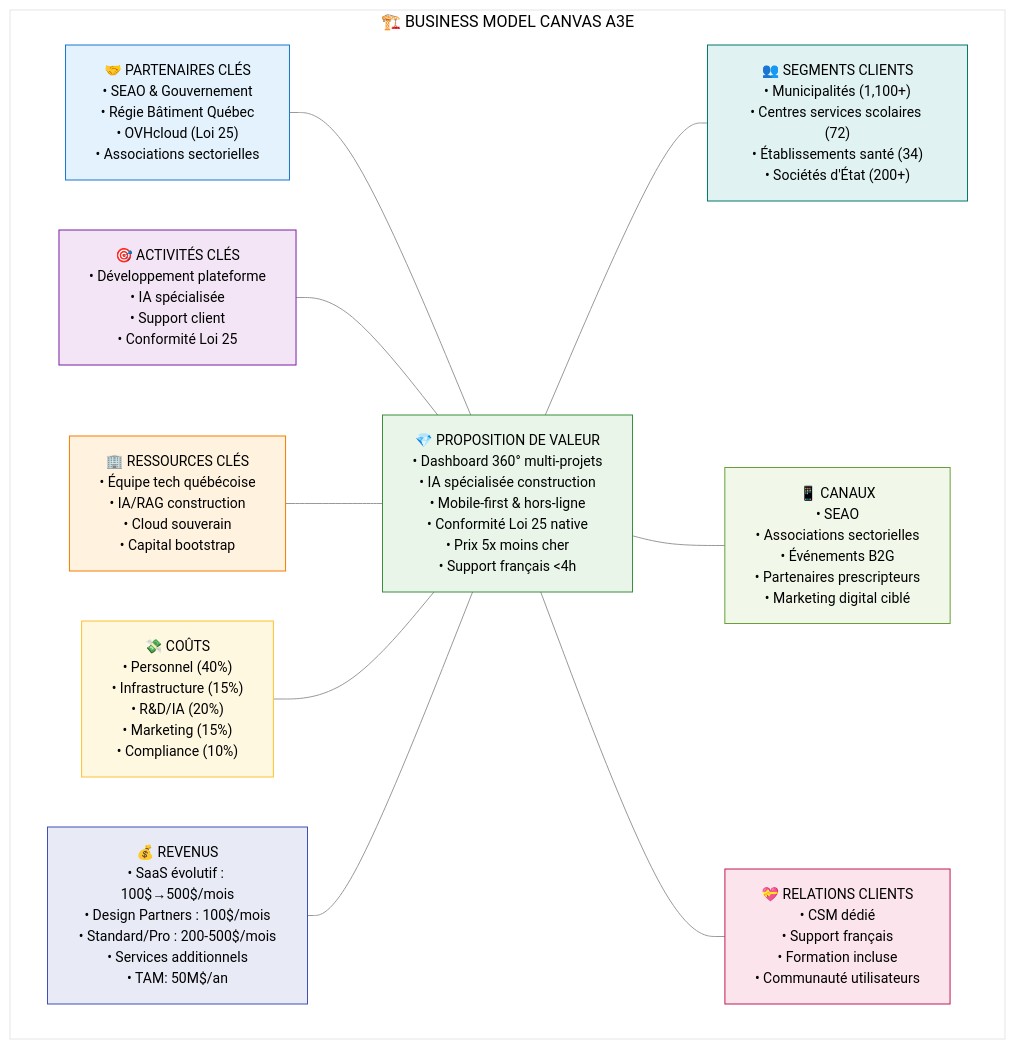
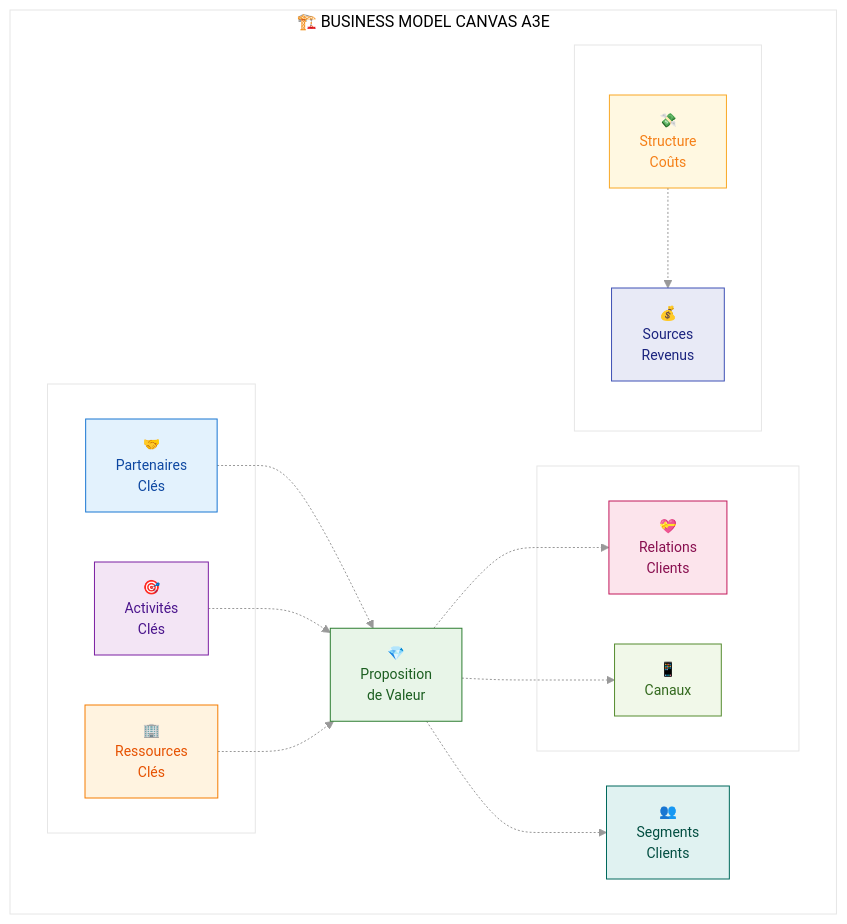
One commit to MacroMan5/project_a3e_beta changed the diagram in project/3_product_strategy/BUSINESS_MODEL_CANVAS_A3E.md. Above: the diagram before and after it, drawn with Mermaid. The commit also changed other lines of this file and 16 other files, not shown here.

````diff
--- a/project/3_product_strategy/BUSINESS_MODEL_CANVAS_A3E.md
+++ b/project/3_product_strategy/BUSINESS_MODEL_CANVAS_A3E.md
@@ -15,54 +15,53 @@
 ```mermaid
 %%{init: {'theme': 'base', 'themeVariables': { 'primaryColor': '#f5f5f5', 'lineColor': '#999', 'fontFamily': 'Roboto, sans-serif'}}}%%
 graph TD
-    subgraph BMC ["🏗️ BUSINESS MODEL CANVAS A3E"]
-        VP["💎 PROPOSITION DE VALEUR<br/>• Dashboard 360° multi-projets<br/>• IA spécialisée construction<br/>• Mobile-first & hors-ligne<br/>• Conformité Loi 25 native<br/>• Prix 5x moins cher<br/>• Support français <4h"]
+    subgraph "🏗️ BUSINESS MODEL CANVAS A3E"
+        subgraph " "
+            KP[🤝<br/>Partenaires<br/>Clés] 
+            KA[🎯<br/>Activités<br/>Clés]
+            KR[🏢<br/>Ressources<br/>Clés]
+        end
         
-        CS["👥 SEGMENTS CLIENTS<br/>• Municipalités (1,100+)<br/>• Centres services scolaires (72)<br/>• Établissements santé (34)<br/>• Sociétés d'État (200+)"]
+        VP[💎<br/>Proposition<br/>de Valeur]
         
-        CH["📱 CANAUX<br/>• SEAO<br/>• Associations sectorielles<br/>• Événements B2G<br/>• Partenaires prescripteurs<br/>• Marketing digital ciblé"]
+        subgraph "  "
+            CR[💝<br/>Relations<br/>Clients]
+            CH[📱<br/>Canaux]
+        end
         
-        CR["💝 RELATIONS CLIENTS<br/>• CSM dédié<br/>• Support français<br/>• Formation incluse<br/>• Communauté utilisateurs"]
+        CS[👥<br/>Segments<br/>Clients]
         
-        KP["🤝 PARTENAIRES CLÉS<br/>• SEAO & Gouvernement<br/>• Régie Bâtiment Québec<br/>• OVHcloud (Loi 25)<br/>• Associations sectorielles"]
-        
-        KA["🎯 ACTIVITÉS CLÉS<br/>• Développement plateforme<br/>• IA spécialisée<br/>• Support client<br/>• Conformité Loi 25"]
-        
-        KR["🏢 RESSOURCES CLÉS<br/>• Équipe tech québécoise<br/>• IA/RAG construction<br/>• Cloud souverain<br/>• Capital bootstrap"]
-        
-        RS["💰 REVENUS<br/>• SaaS évolutif : 100$→500$/mois<br/>• Design Partners : 100$/mois<br/>• Standard/Pro : 200-500$/mois<br/>• Services additionnels<br/>• TAM: 50M$/an"]
-        
-        CS2["💸 COÛTS<br/>• Personnel (40%)<br/>• Infrastructure (15%)<br/>• R&D/IA (20%)<br/>• Marketing (15%)<br/>• Compliance (10%)"]
+        subgraph "   "
+            CS2[💸<br/>Structure<br/>Coûts]
+            RS[💰<br/>Sources<br/>Revenus]
+        end
     end
     
-    VP --- CS
-    VP --- CH
-    VP --- CR
-    KP --- VP
-    KA --- VP
-    KR --- VP
-    CS2 --- VP
-    RS --- VP
+    KP -.-> VP
+    KA -.-> VP
+    KR -.-> VP
+    VP -.-> CR
+    VP -.-> CH
+    VP -.-> CS
+    CS2 -.-> RS
     
-    %% Définition des classes
-    classDef value fill:#e8f5e8,stroke:#388e3c,color:#000,font-size:14px
-    classDef clients fill:#e0f2f1,stroke:#00796b,color:#000,font-size:14px
-    classDef channels fill:#f1f8e9,stroke:#689f38,color:#000,font-size:14px
-    classDef relations fill:#fce4ec,stroke:#c2185b,color:#000,font-size:14px
-    classDef partners fill:#e3f2fd,stroke:#1976d2,color:#000,font-size:14px
-    classDef activities fill:#f3e5f5,stroke:#7b1fa2,color:#000,font-size:14px
-    classDef resources fill:#fff3e0,stroke:#f57c00,color:#000,font-size:14px
-    classDef revenue fill:#e8eaf6,stroke:#3f51b5,color:#000,font-size:14px
-    classDef costs fill:#fff8e1,stroke:#fbc02d,color:#000,font-size:14px
+    classDef value fill:#E8F5E8,stroke:#2E7D32,color:#1B5E20,font-size:14px
+    classDef clients fill:#E0F2F1,stroke:#00695C,color:#004D40,font-size:14px
+    classDef channels fill:#F1F8E9,stroke:#558B2F,color:#33691E,font-size:14px
+    classDef relations fill:#FCE4EC,stroke:#C2185B,color:#880E4F,font-size:14px
+    classDef partners fill:#E3F2FD,stroke:#1976D2,color:#0D47A1,font-size:14px
+    classDef activities fill:#F3E5F5,stroke:#7B1FA2,color:#4A148C,font-size:14px
+    classDef resources fill:#FFF3E0,stroke:#F57C00,color:#E65100,font-size:14px
+    classDef revenue fill:#E8EAF6,stroke:#3F51B5,color:#1A237E,font-size:14px
+    classDef costs fill:#FFF8E1,stroke:#F9A825,color:#F57F17,font-size:14px
     
-    %% Application des classes
     class VP value
     class CS clients
     class CH channels
     class CR relations
     class KP partners
     class KA activities
     class KR resources
     class RS revenue
     class CS2 costs
 ```
````
